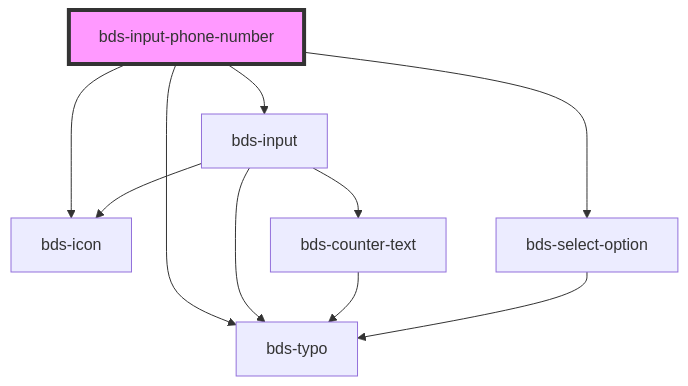
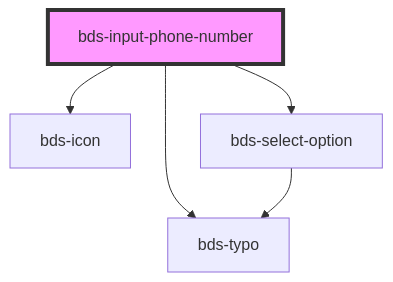
Before and after one commit to takenet/blip-ds: the diagram in src/components/input-phone-number/readme.md, drawn with Mermaid. The commit also changed other lines of this file and 4 other files, not shown here.

Commit message:
fix(input-phone-number): uncapsulate input from input-phone-number

````diff
--- a/src/components/input-phone-number/readme.md
+++ b/src/components/input-phone-number/readme.md
@@ -45,13 +68,8 @@
 ```mermaid
 graph TD;
-  bds-input-phone-number --> bds-input
   bds-input-phone-number --> bds-icon
   bds-input-phone-number --> bds-typo
   bds-input-phone-number --> bds-select-option
-  bds-input --> bds-icon
-  bds-input --> bds-typo
-  bds-input --> bds-counter-text
-  bds-counter-text --> bds-typo
   bds-select-option --> bds-typo
   style bds-input-phone-number fill:#f9f,stroke:#333,stroke-width:4px
 ```
````
